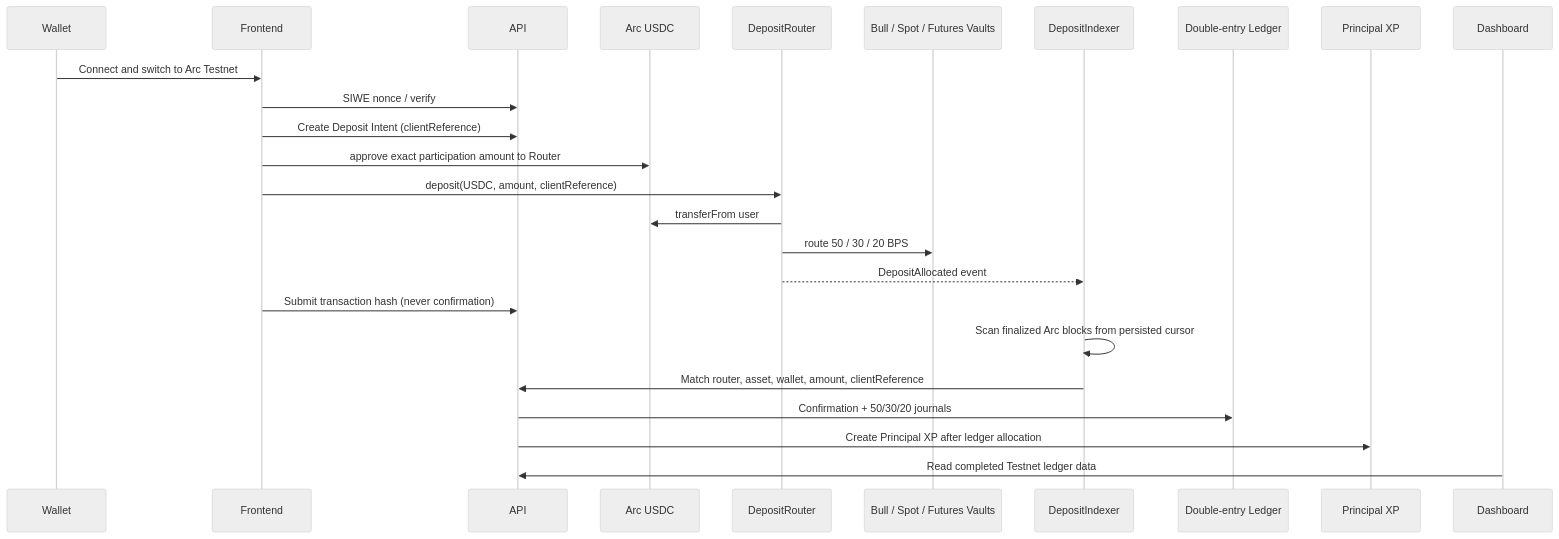
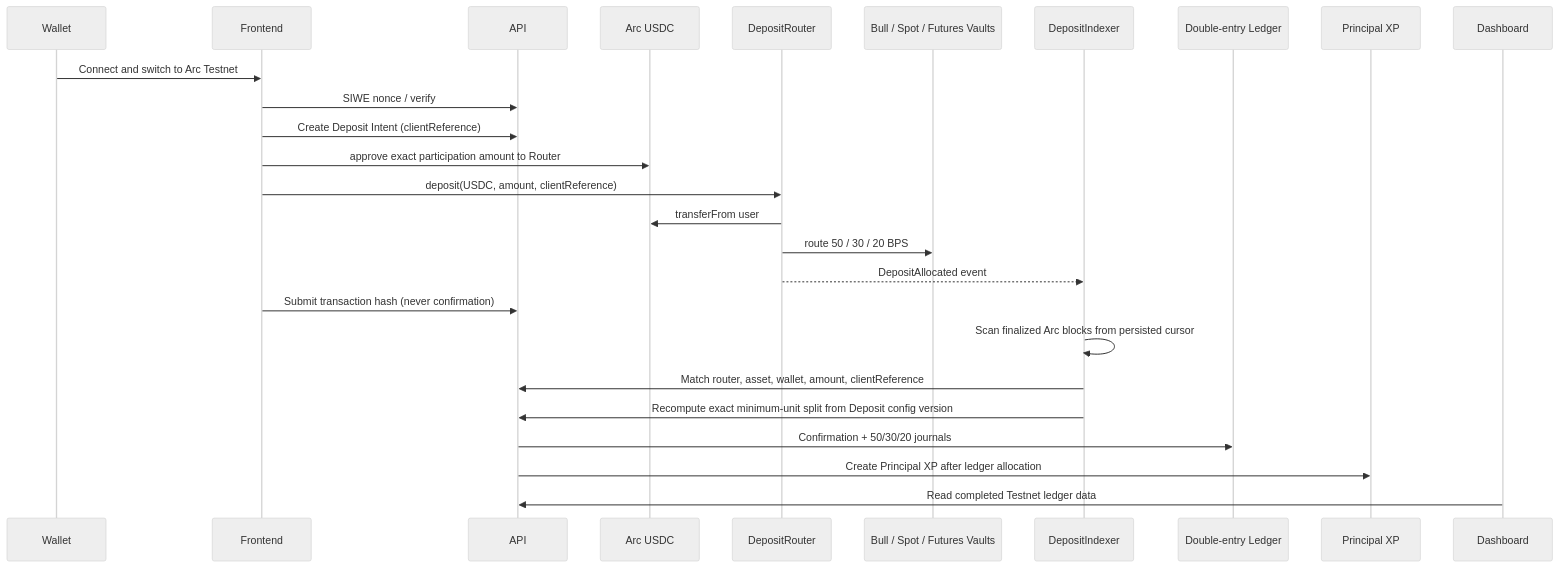
The diagram in docs/deposit-flow.md (aob5518-lgtm/xgou), drawn with Mermaid (neutral theme) before and after one commit. The commit also changed other lines of this file and 14 other files, not shown here.

````diff
--- a/docs/deposit-flow.md
+++ b/docs/deposit-flow.md
@@ -3,28 +3,29 @@
 ```mermaid
 sequenceDiagram
   participant W as Wallet
   participant F as Frontend
   participant A as API
   participant U as Arc USDC
   participant R as DepositRouter
   participant V as Bull / Spot / Futures Vaults
   participant I as DepositIndexer
   participant L as Double-entry Ledger
   participant X as Principal XP
   participant D as Dashboard
 
   W->>F: Connect and switch to Arc Testnet
   F->>A: SIWE nonce / verify
   F->>A: Create Deposit Intent (clientReference)
   F->>U: approve exact participation amount to Router
   F->>R: deposit(USDC, amount, clientReference)
   R->>U: transferFrom user
   R->>V: route 50 / 30 / 20 BPS
   R-->>I: DepositAllocated event
   F->>A: Submit transaction hash (never confirmation)
   I->>I: Scan finalized Arc blocks from persisted cursor
   I->>A: Match router, asset, wallet, amount, clientReference
+  I->>A: Recompute exact minimum-unit split from Deposit config version
   A->>L: Confirmation + 50/30/20 journals
   A->>X: Create Principal XP after ledger allocation
   D->>A: Read completed Testnet ledger data
 ```
````
